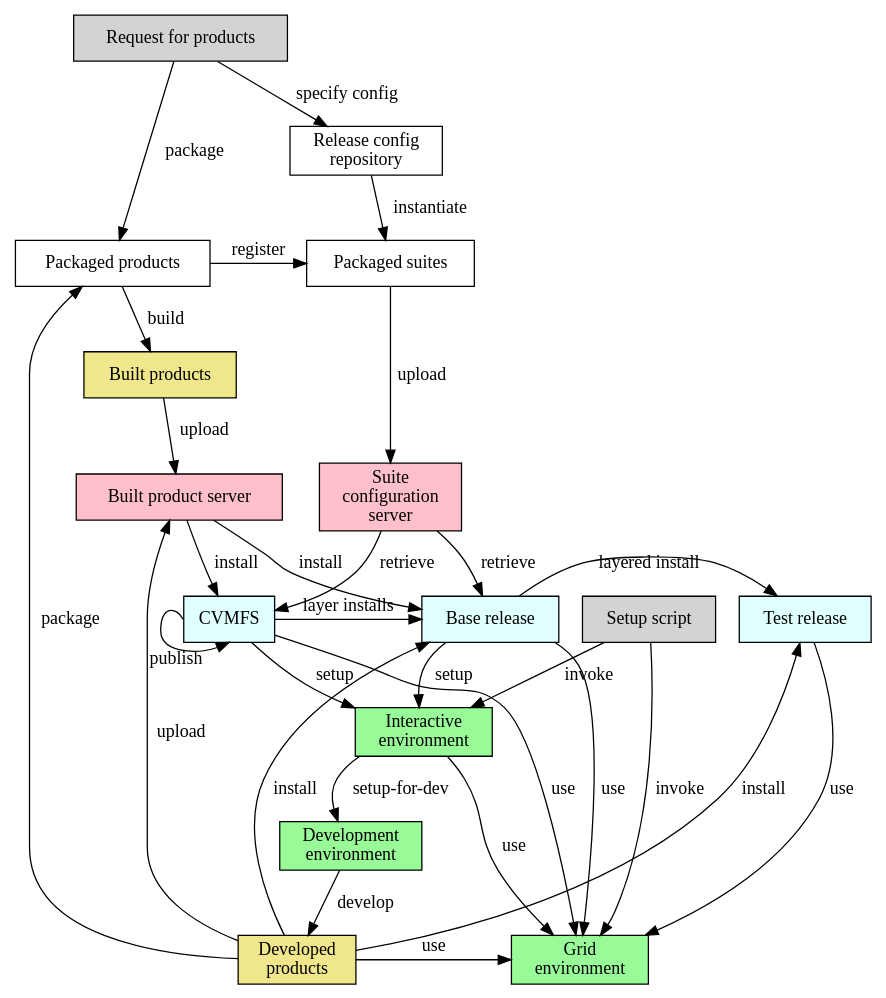
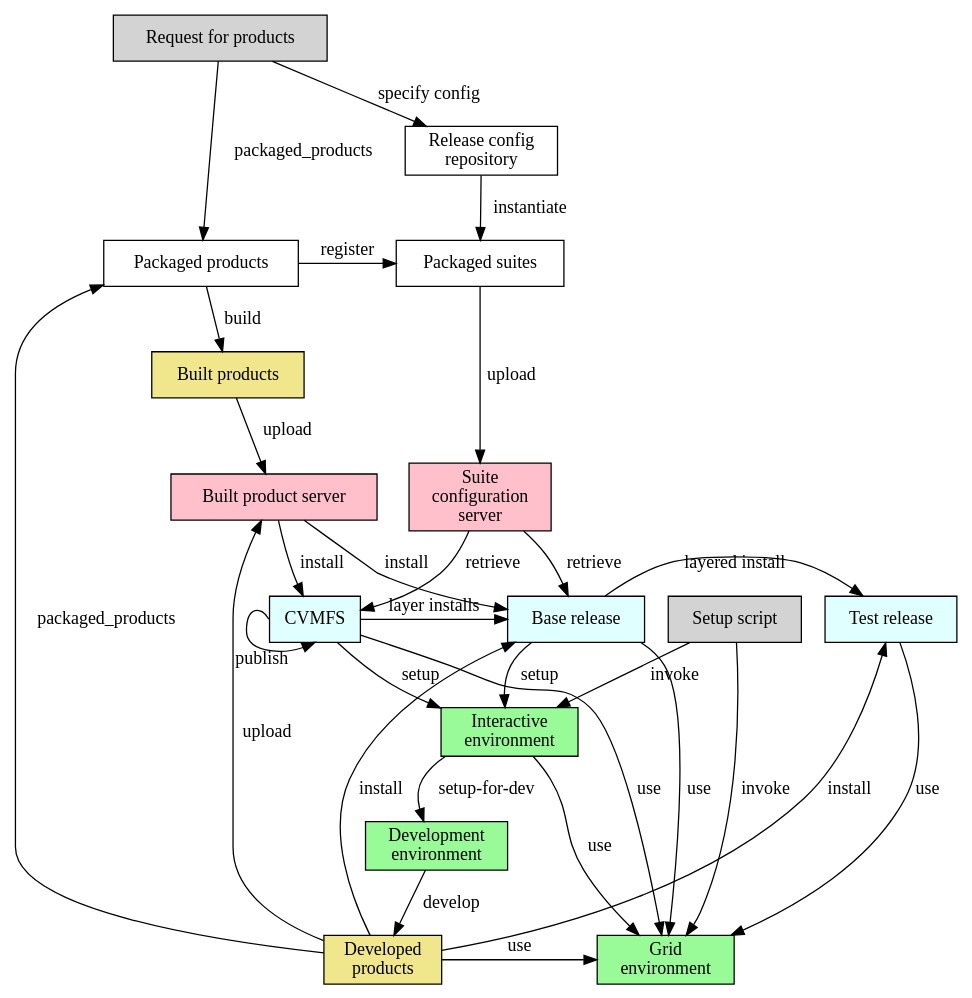
One commit to marcpaterno/spack_retreat changed the diagram in spack.gv. Above: the diagram before and after it, drawn with Graphviz. The commit also changed 1 other file, not shown here.

```diff
--- a/spack.gv
+++ b/spack.gv
@@ -1,62 +1,62 @@
 digraph test {
 
   node [shape="rectangle"]
   
   request [label="Request for products", style=filled, fillcolor=lightgray]
-  package [label="Packaged products"]
+  packaged_products [label="Packaged products"]
   scisoft [label="Built product server", style=filled, fillcolor=pink]
   suite_config_server [label="Suite\nconfiguration\nserver", style=filled, fillcolor=pink]
   build [label="Built products", style=filled, fillcolor=khaki]
   packaged_suites [label="Packaged suites"]
   release_config [label="Release config\nrepository"]
   developed [label="Developed\nproducts", style=filled, fillcolor=khaki]
   local_install [label="Base release", style=filled, fillcolor=lightcyan]
   test_release [label="Test release", style=filled, fillcolor=lightcyan]
   CVMFS [style=filled, fillcolor=lightcyan]
   interactive [label="Interactive\nenvironment", style=filled, fillcolor=palegreen]
   grid [label="Grid\nenvironment", style=filled, fillcolor=palegreen]
   development [label="Development\nenvironment", style=filled, fillcolor=palegreen]
   setup [label="Setup script", style=filled, fillcolor=lightgray]
 
   { rank = same; developed; grid }
-  { rank = same; packaged_suites; package }
+  { rank = same; packaged_suites; packaged_products }
   { rank = same; test_release; local_install; CVMFS }
   { rank = same; suite_config_server; scisoft}
 
-  request -> package [label=" package"]
+  request -> packaged_products [label=" packaged_products"]
   request -> release_config [label="specify config"]
   
   release_config -> packaged_suites [label = "instantiate"]
   
-  package -> build [label=" build"]
-  package -> packaged_suites [label="register"]
+  packaged_products -> build [label=" build"]
+  packaged_products -> packaged_suites [label="register"]
   
   packaged_suites -> suite_config_server [label="upload"]
   
   suite_config_server -> CVMFS [label="retrieve"]
   suite_config_server -> local_install [label="retrieve"]
 
   
   build -> scisoft [label=" upload"]
   scisoft -> CVMFS [label="install"]
   scisoft -> local_install [label="install"]
   local_install -> interactive [label=" setup"]
   local_install -> test_release[label="layered install"]
   
   CVMFS:w -> CVMFS:s [xlabel="publish"]
   CVMFS -> interactive [label=" setup"]
   CVMFS -> local_install [label="layer installs "]
   local_install -> grid [label=" use"]
   test_release -> grid [label="use"]
   CVMFS -> grid [label=" use"]
   interactive -> development [label=" setup-for-dev"]
   interactive -> grid [label="use"]
   setup -> interactive [label=" invoke"]
   setup -> grid [label=" invoke"]
   development -> developed [label=" develop"]
   developed -> local_install [label=" install"]
   developed -> grid [label="use"]
   developed -> scisoft [label=" upload"]
-  developed -> package [label=" package"]
+  developed -> packaged_products [label=" packaged_products"]
   developed -> test_release [label="install"]
 }
```
